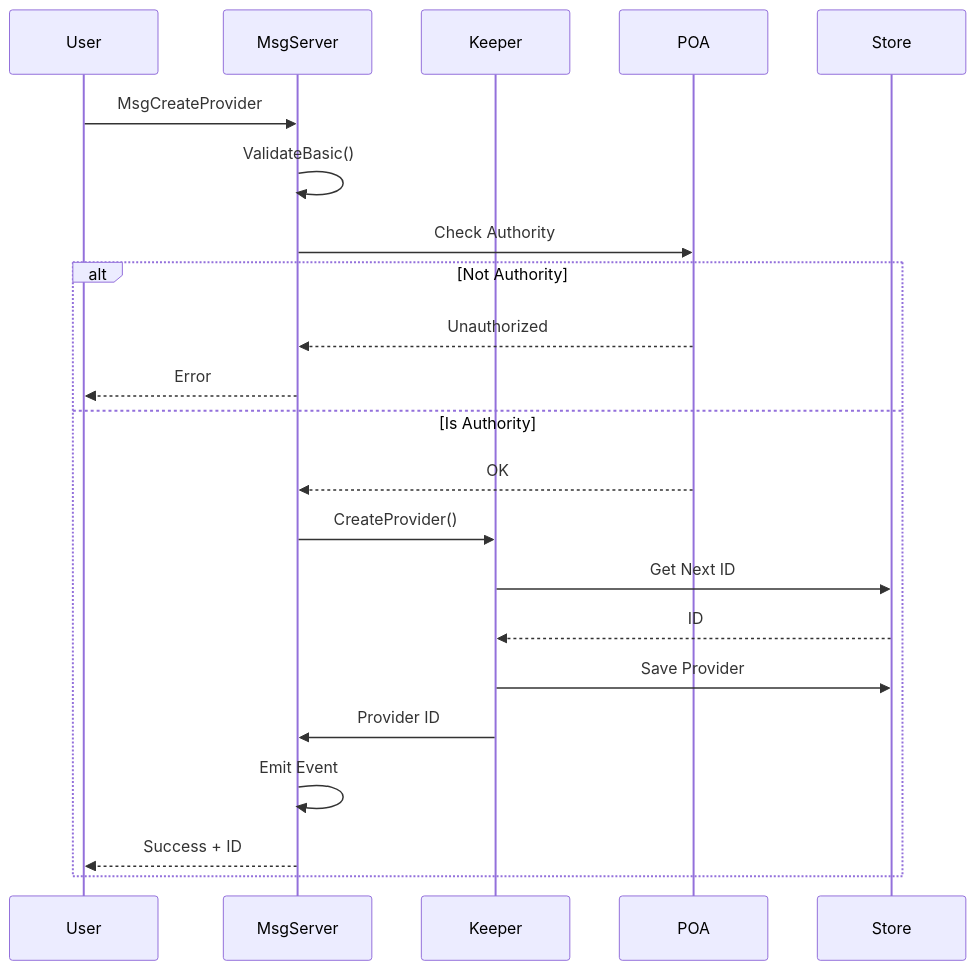
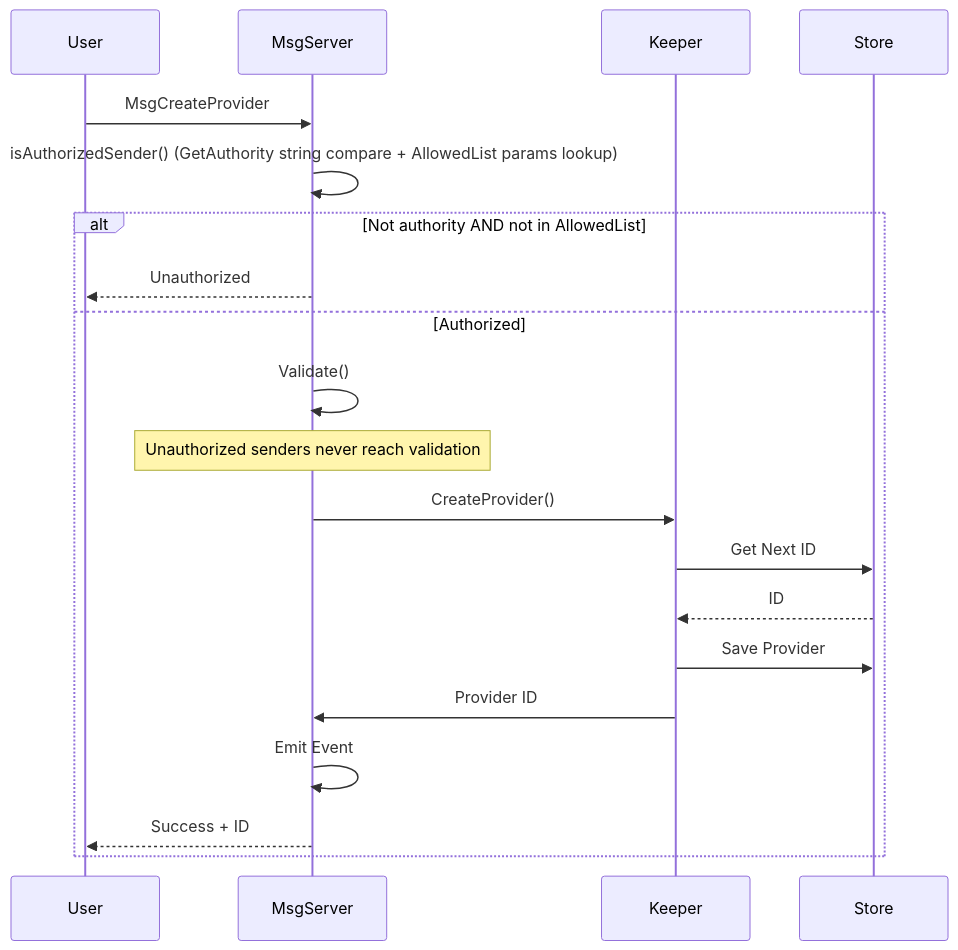
Before and after one commit to manifest-network/manifest-ledger: the fourth of 6 diagrams in x/sku/docs/ARCHITECTURE.md, drawn with Mermaid. The commit also changed other lines of this file and 16 other files, not shown here.

````diff
--- a/x/sku/docs/ARCHITECTURE.md
+++ b/x/sku/docs/ARCHITECTURE.md
@@ -171,25 +169,23 @@
 ```mermaid
 sequenceDiagram
     participant User
     participant MsgServer
     participant Keeper
-    participant POA
     participant Store
-    
+
     User->>MsgServer: MsgCreateProvider
-    MsgServer->>MsgServer: ValidateBasic()
-    MsgServer->>POA: Check Authority
-    alt Not Authority
-        POA-->>MsgServer: Unauthorized
-        MsgServer-->>User: Error
-    else Is Authority
-        POA-->>MsgServer: OK
+    MsgServer->>MsgServer: isAuthorizedSender() (GetAuthority string compare + AllowedList params lookup)
+    alt Not authority AND not in AllowedList
+        MsgServer-->>User: Unauthorized
+    else Authorized
+        MsgServer->>MsgServer: Validate()
+        Note over MsgServer: Unauthorized senders never reach validation
         MsgServer->>Keeper: CreateProvider()
         Keeper->>Store: Get Next ID
         Store-->>Keeper: ID
         Keeper->>Store: Save Provider
         Keeper->>MsgServer: Provider ID
         MsgServer->>MsgServer: Emit Event
         MsgServer-->>User: Success + ID
     end
 ```
````
